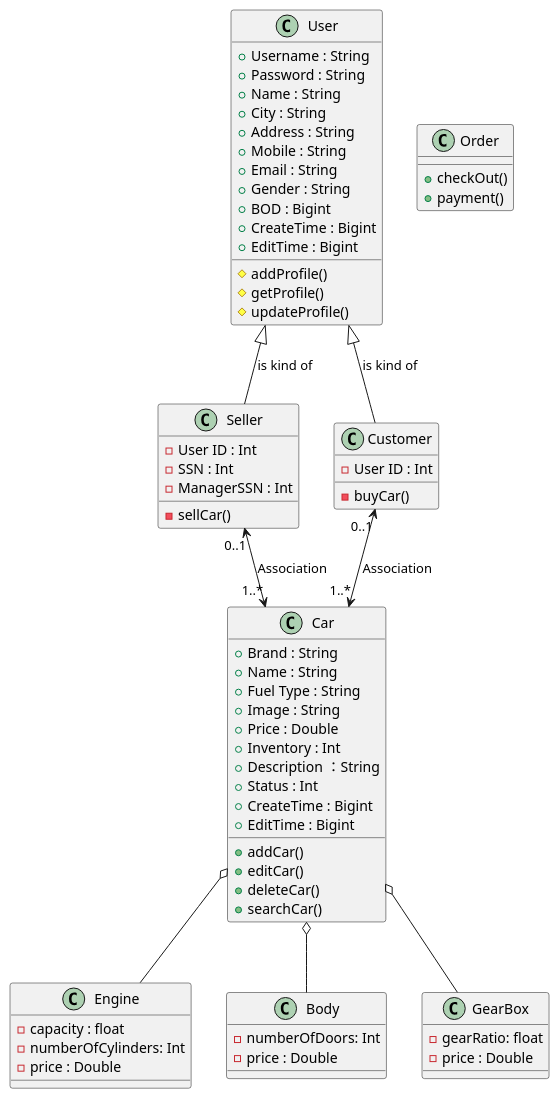
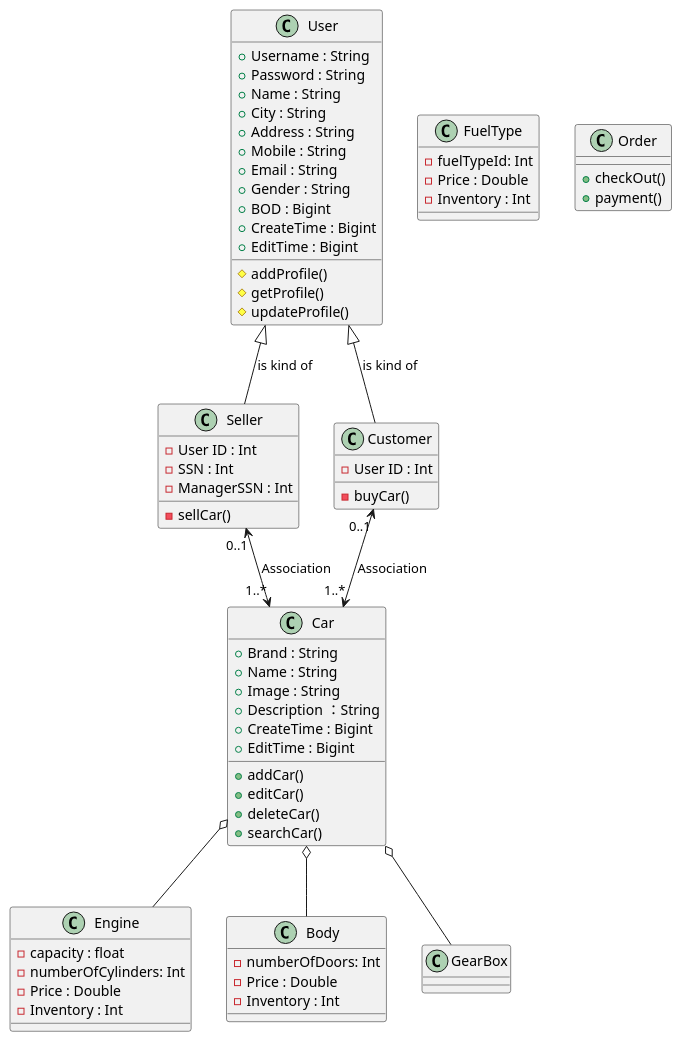
Before and after one commit to Caisen1988/phpunit: the diagram in uml/CarSaleSystem.puml, drawn with PlantUML. The commit also changed 3 other files, not shown here.

```diff
--- a/uml/CarSaleSystem.puml
+++ b/uml/CarSaleSystem.puml
@@ -1,77 +1,75 @@
 @startuml
  class Car {
   + Brand : String
   + Name : String
-  + Fuel Type : String
   + Image : String
-  + Price : Double
-  + Inventory : Int
   + Description ：String
-  + Status : Int
   + CreateTime : Bigint
   + EditTime : Bigint
   + addCar()
   + editCar()
   + deleteCar()
   + searchCar()
  }
 
  class Engine{
   - capacity : float
   - numberOfCylinders: Int
-  - price : Double
+  - Price : Double
+  - Inventory : Int
  }
-
  class Body{
   - numberOfDoors: Int
-  - price : Double
+  - Price : Double
+  - Inventory : Int
  }
- class GearBox{
-  - gearRatio: float
-  - price : Double
+ class FuelType{
+  - fuelTypeId: Int
+  - Price : Double
+  - Inventory : Int
  }
 
  class User {
   + Username : String
   + Password : String
   + Name : String
   + City : String
   + Address : String
   + Mobile : String
   + Email : String
   + Gender : String
   + BOD : Bigint
   + CreateTime : Bigint
   + EditTime : Bigint
   # addProfile()
   # getProfile()
   # updateProfile()
  }
 
  class Seller{
     - User ID : Int
     - SSN : Int
     - ManagerSSN : Int
     - sellCar()
  }
 
  class Customer{
     - User ID : Int
     - buyCar()
  }
 
  class Order{
     +checkOut()
     +payment()
  }
 
 
  User <|-- Seller : is kind of
  User <|-- Customer : is kind of
  Seller    "0..1"<-->"1..*" Car : Association
  Customer  "0..1"<-->"1..*" Car : Association
  Car o-- Engine
  Car o-- Body
  Car o-- GearBox
 
 @enduml
```
